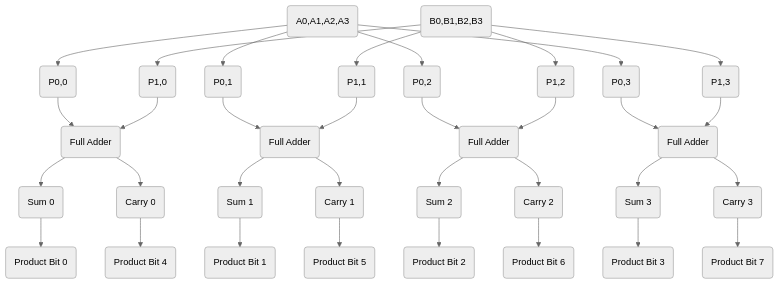
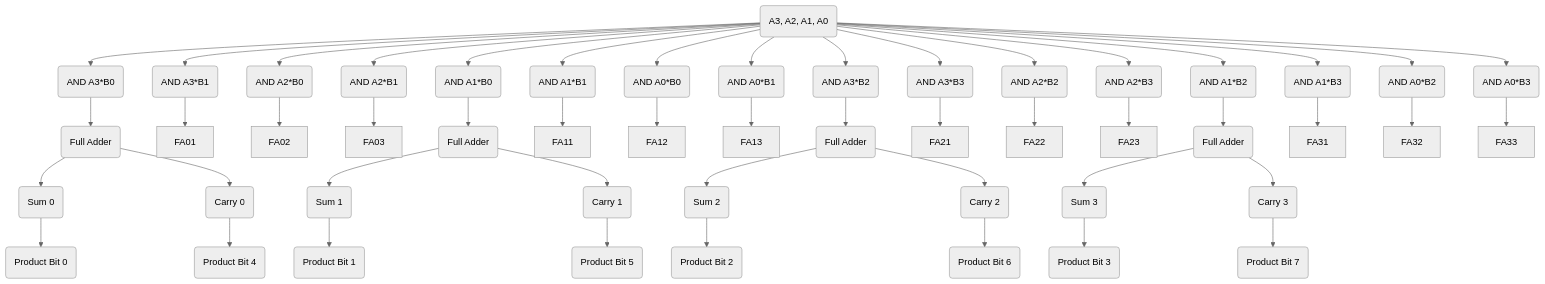
The diagram in docs/info.md (GnahsLliw/tt09-A-1-array-multiplier), drawn with Mermaid (neutral theme) before and after one commit.

````diff
--- a/docs/info.md
+++ b/docs/info.md
@@ -13,45 +13,64 @@
 ```mermaid
-graph TD
+graph TB
   %% Inputs
-  A(A0,A1,A2,A3) --> P00(P0,0)
-  A(A0,A1,A2,A3) --> P01(P0,1)
-  A(A0,A1,A2,A3) --> P02(P0,2)
-  A(A0,A1,A2,A3) --> P03(P0,3)
+  A(A3, A2, A1, A0) --> P00(AND A3*B0)
+  A --> P01(AND A2*B0)
+  A --> P02(AND A1*B0)
+  A --> P03(AND A0*B0)
 
-  B(B0,B1,B2,B3) --> P10(P1,0)
-  B(B0,B1,B2,B3) --> P11(P1,1)
-  B(B0,B1,B2,B3) --> P12(P1,2)
-  B(B0,B1,B2,B3) --> P13(P1,3)
+  A --> P10(AND A3*B1)
+  A --> P11(AND A2*B1)
+  A --> P12(AND A1*B1)
+  A --> P13(AND A0*B1)
 
-  %% Partial Products
-  P00 --> FA0(Full Adder)
-  P10 --> FA0
-  FA0 --> Sum0(Sum 0)
-  FA0 --> Carry0(Carry 0)
-  
-  P01 --> FA1(Full Adder)
-  P11 --> FA1
-  FA1 --> Sum1(Sum 1)
-  FA1 --> Carry1(Carry 1)
-  
-  P02 --> FA2(Full Adder)
-  P12 --> FA2
-  FA2 --> Sum2(Sum 2)
-  FA2 --> Carry2(Carry 2)
-  
-  P03 --> FA3(Full Adder)
-  P13 --> FA3
-  FA3 --> Sum3(Sum 3)
-  FA3 --> Carry3(Carry 3)
+  A --> P20(AND A3*B2)
+  A --> P21(AND A2*B2)
+  A --> P22(AND A1*B2)
+  A --> P23(AND A0*B2)
 
-  %% Outputs
-  Sum0 --> Product0(Product Bit 0)
-  Sum1 --> Product1(Product Bit 1)
-  Sum2 --> Product2(Product Bit 2)
-  Sum3 --> Product3(Product Bit 3)
-  Carry0 --> Product4(Product Bit 4)
-  Carry1 --> Product5(Product Bit 5)
-  Carry2 --> Product6(Product Bit 6)
-  Carry3 --> Product7(Product Bit 7)
+  A --> P30(AND A3*B3)
+  A --> P31(AND A2*B3)
+  A --> P32(AND A1*B3)
+  A --> P33(AND A0*B3)
+
+  %% Full Adders
+  P00 --> FA00(Full Adder)
+  P10 --> FA01
+  P01 --> FA02
+  P11 --> FA03
+  FA00 --> Sum0(Sum 0)
+
+  P02 --> FA10(Full Adder)
+  P12 --> FA11
+  P03 --> FA12
+  P13 --> FA13
+  FA10 --> Sum1(Sum 1)
+
+  P20 --> FA20(Full Adder)
+  P30 --> FA21
+  P21 --> FA22
+  P31 --> FA23
+  FA20 --> Sum2(Sum 2)
+
+  P22 --> FA30(Full Adder)
+  P32 --> FA31
+  P23 --> FA32
+  P33 --> FA33
+  FA30 --> Sum3(Sum 3)
+
+  %% Output connections
+  Sum0 --> P0(Product Bit 0)
+  Sum1 --> P1(Product Bit 1)
+  Sum2 --> P2(Product Bit 2)
+  Sum3 --> P3(Product Bit 3)
+  FA00 --> Carry0(Carry 0)
+  FA10 --> Carry1(Carry 1)
+  FA20 --> Carry2(Carry 2)
+  FA30 --> Carry3(Carry 3)
+  Carry0 --> P4(Product Bit 4)
+  Carry1 --> P5(Product Bit 5)
+  Carry2 --> P6(Product Bit 6)
+  Carry3 --> P7(Product Bit 7)
+
 
 ```
````
